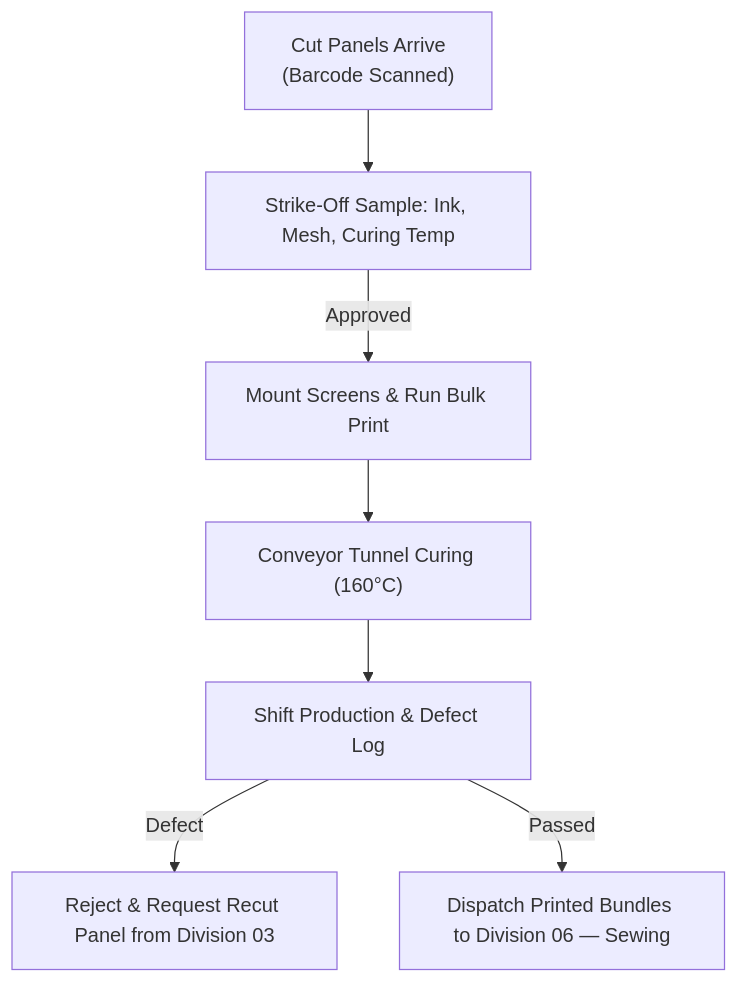
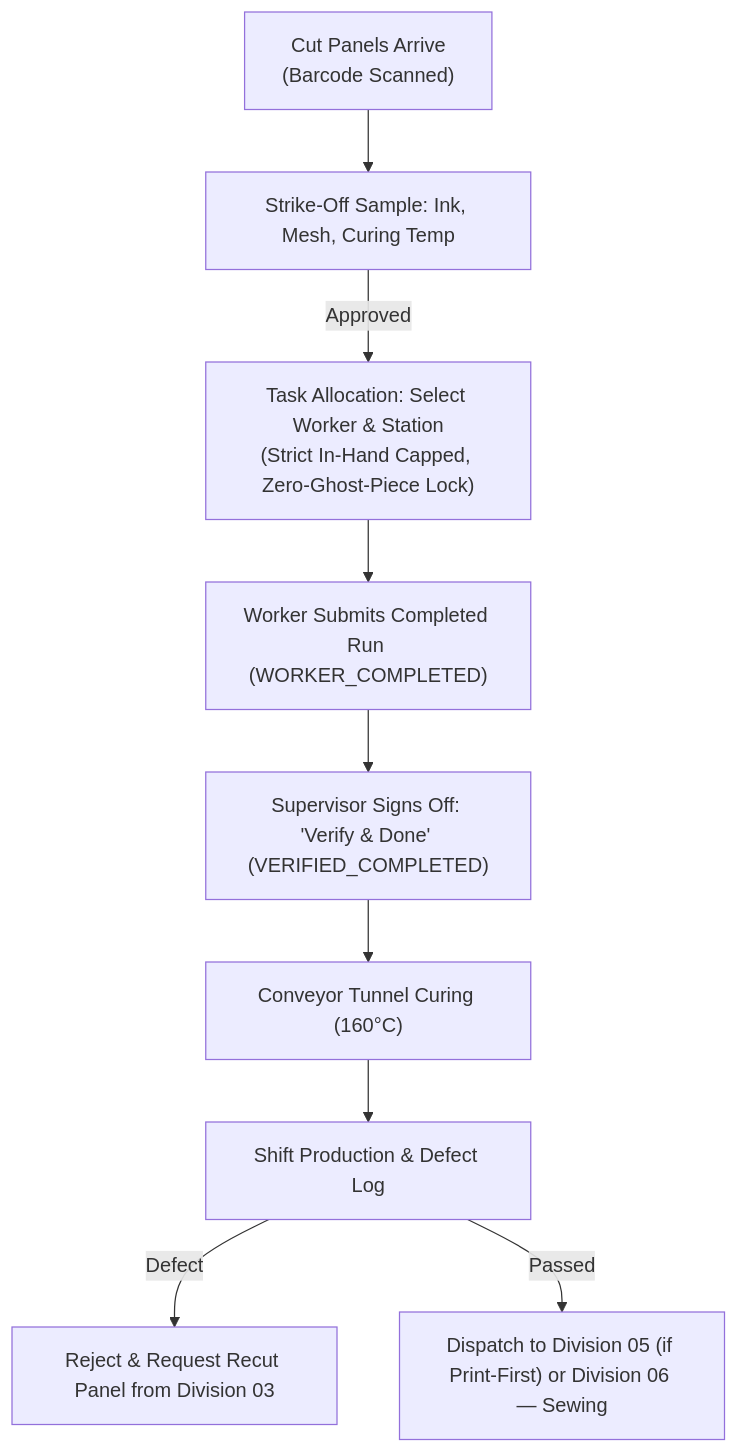
The sixth of 14 diagrams in docs_logic/Zigza_v2.md (Nubi-sync/nubira-web-admin), drawn with Mermaid before and after one commit. The commit also changed other lines of this file and 12 other files, not shown here.

Commit message:
docs: add comprehensive backend architecture specifications, portal guides, and enterprise business logic manuals

````diff
--- a/docs_logic/Zigza_v2.md
+++ b/docs_logic/Zigza_v2.md
@@ -349,9 +349,11 @@
 ```mermaid
 flowchart TD
     A["Cut Panels Arrive\n(Barcode Scanned)"] --> B["Strike-Off Sample: Ink, Mesh, Curing Temp"]
-    B -->|Approved| C["Mount Screens & Run Bulk Print"]
-    C --> D["Conveyor Tunnel Curing (160°C)"]
-    D --> E["Shift Production & Defect Log"]
-    E -->|Defect| F["Reject & Request Recut Panel from Division 03"]
-    E -->|Passed| G["Dispatch Printed Bundles to Division 06 — Sewing"]
+    B -->|Approved| C["Task Allocation: Select Worker & Station\n(Strict In-Hand Capped, Zero-Ghost-Piece Lock)"]
+    C --> D["Worker Submits Completed Run (WORKER_COMPLETED)"]
+    D --> E["Supervisor Signs Off: 'Verify & Done' (VERIFIED_COMPLETED)"]
+    E --> F["Conveyor Tunnel Curing (160°C)"]
+    F --> G["Shift Production & Defect Log"]
+    G -->|Defect| H["Reject & Request Recut Panel from Division 03"]
+    G -->|Passed| I["Dispatch to Division 05 (if Print-First) or Division 06 — Sewing"]
 ```
````
